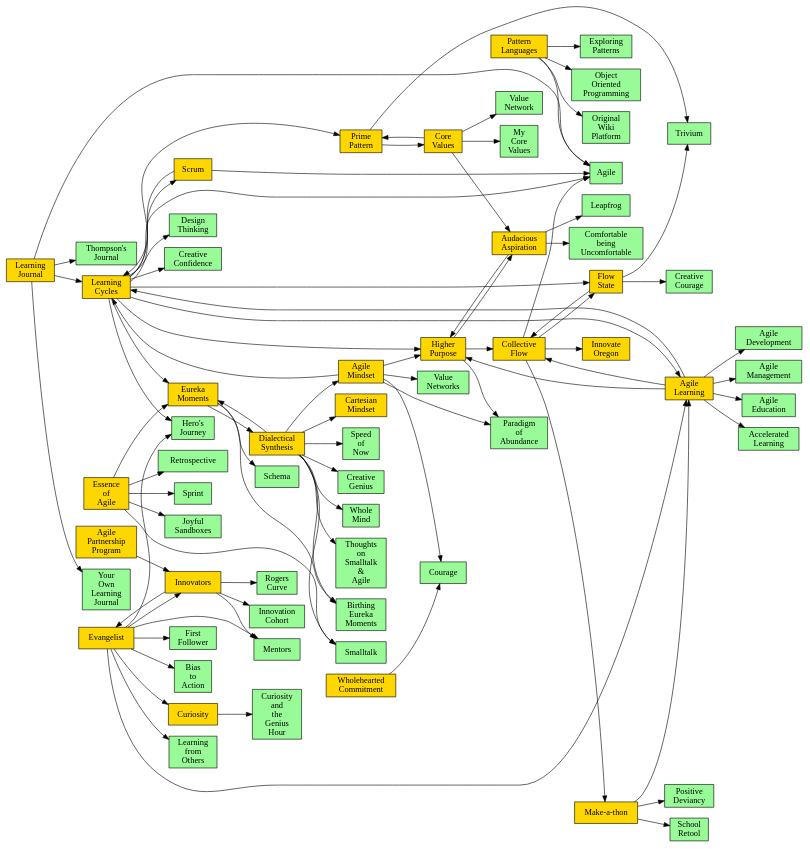
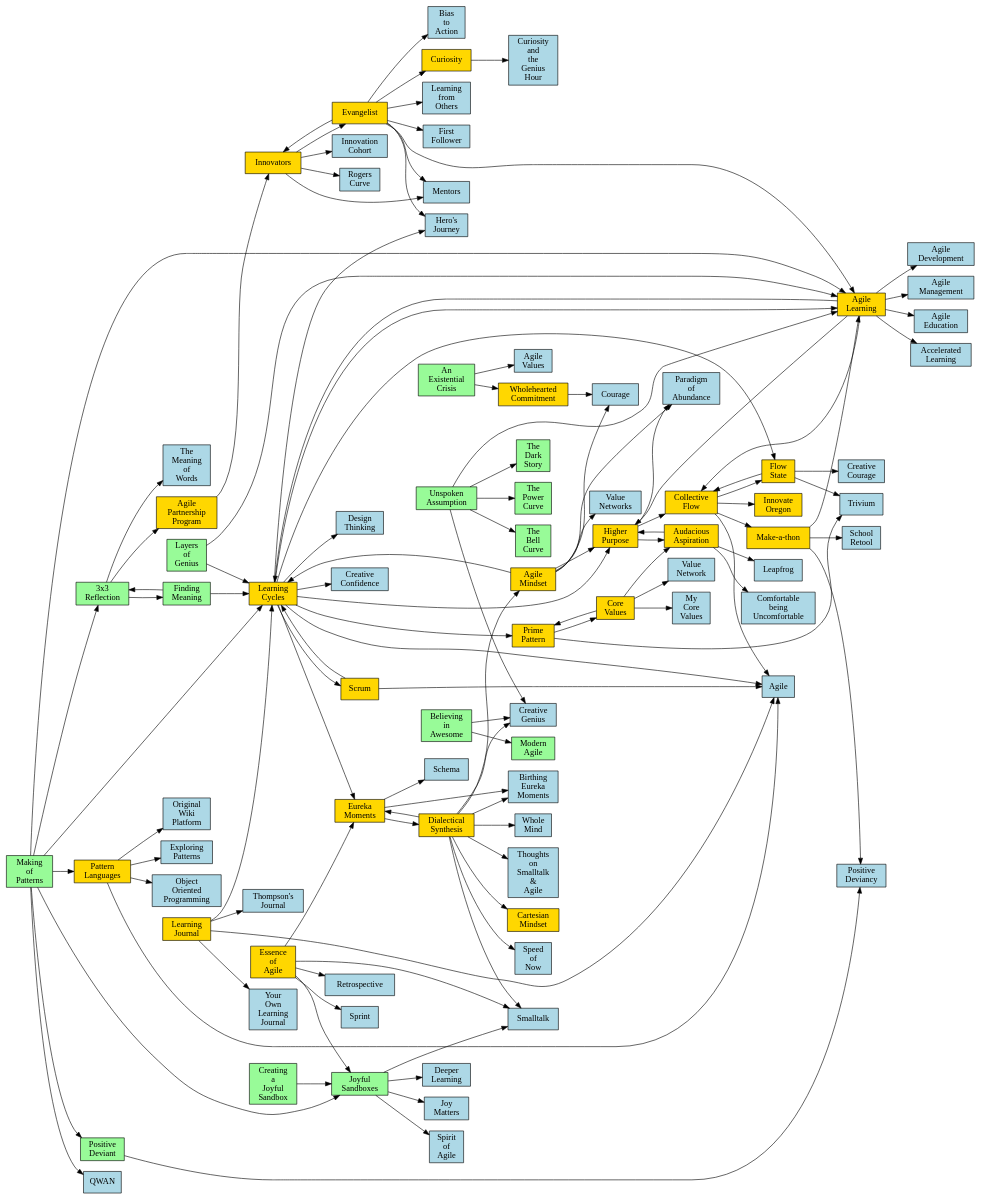
One commit to WardCunningham/thompson-anchors changed the diagram in map.dot. Above: the diagram before and after it, drawn with Graphviz. The commit also changed 2 other files, not shown here.

```diff
--- a/map.dot
+++ b/map.dot
@@ -1,4 +1,4 @@
-digraph { node [shape=box style=filled fillcolor=palegreen] rankdir=LR "Learning\nCycles" [fillcolor=gold URL="https://thompson.wiki.innovateoregon.org/view/learning-cycles"]
+digraph { node [shape=box style=filled fillcolor=lightblue] rankdir=LR "Learning\nCycles" [fillcolor=gold URL="https://thompson.wiki.innovateoregon.org/view/learning-cycles"]
 "Agile" [URL="https://thompson.wiki.innovateoregon.org/view/agile"]
 "Learning\nCycles" -> "Agile"
 "Higher\nPurpose" [URL="https://thompson.wiki.innovateoregon.org/view/higher-purpose"]
@@ -192,4 +192,76 @@
 "Audacious\nAspiration" -> "Leapfrog"
 "Agile\nPartnership\nProgram" [fillcolor=gold URL="https://thompson.wiki.innovateoregon.org/view/agile-partnership-program"]
 "Innovators" [URL="https://thompson.wiki.innovateoregon.org/view/innovators"]
-"Agile\nPartnership\nProgram" -> "Innovators"}
+"Agile\nPartnership\nProgram" -> "Innovators"
+"3x3\nReflection" [fillcolor=palegreen URL="https://thompson.wiki.innovateoregon.org/view/3x3-reflection"]
+"Agile\nPartnership\nProgram" [URL="https://thompson.wiki.innovateoregon.org/view/agile-partnership-program"]
+"3x3\nReflection" -> "Agile\nPartnership\nProgram"
+"The\nMeaning\nof\nWords" [URL="https://thompson.wiki.innovateoregon.org/view/the-meaning-of-words"]
+"3x3\nReflection" -> "The\nMeaning\nof\nWords"
+"Finding\nMeaning" [URL="https://thompson.wiki.innovateoregon.org/view/finding-meaning"]
+"3x3\nReflection" -> "Finding\nMeaning"
+"An\nExistential\nCrisis" [fillcolor=palegreen URL="https://thompson.wiki.innovateoregon.org/view/an-existential-crisis"]
+"Agile\nValues" [URL="https://thompson.wiki.innovateoregon.org/view/agile-values"]
+"An\nExistential\nCrisis" -> "Agile\nValues"
+"Wholehearted\nCommitment" [URL="https://thompson.wiki.innovateoregon.org/view/wholehearted-commitment"]
+"An\nExistential\nCrisis" -> "Wholehearted\nCommitment"
+"Believing\nin\nAwesome" [fillcolor=palegreen URL="https://thompson.wiki.innovateoregon.org/view/believing-in-awesome"]
+"Modern\nAgile" [URL="https://thompson.wiki.innovateoregon.org/view/modern-agile"]
+"Believing\nin\nAwesome" -> "Modern\nAgile"
+"Creative\nGenius" [URL="https://thompson.wiki.innovateoregon.org/view/creative-genius"]
+"Believing\nin\nAwesome" -> "Creative\nGenius"
+"Creating\na\nJoyful\nSandbox" [fillcolor=palegreen URL="https://thompson.wiki.innovateoregon.org/view/creating-a-joyful-sandbox"]
+"Joyful\nSandboxes" [URL="https://thompson.wiki.innovateoregon.org/view/joyful-sandboxes"]
+"Creating\na\nJoyful\nSandbox" -> "Joyful\nSandboxes"
+"Finding\nMeaning" [fillcolor=palegreen URL="https://thompson.wiki.innovateoregon.org/view/finding-meaning"]
+"3x3\nReflection" [URL="https://thompson.wiki.innovateoregon.org/view/3x3-reflection"]
+"Finding\nMeaning" -> "3x3\nReflection"
+"Learning\nCycles" [URL="https://thompson.wiki.innovateoregon.org/view/learning-cycles"]
+"Finding\nMeaning" -> "Learning\nCycles"
+"Joyful\nSandboxes" [fillcolor=palegreen URL="https://thompson.wiki.innovateoregon.org/view/joyful-sandboxes"]
+"Smalltalk" [URL="https://thompson.wiki.innovateoregon.org/view/smalltalk"]
+"Joyful\nSandboxes" -> "Smalltalk"
+"Spirit\nof\nAgile" [URL="https://thompson.wiki.innovateoregon.org/view/spirit-of-agile"]
+"Joyful\nSandboxes" -> "Spirit\nof\nAgile"
+"Deeper\nLearning" [URL="https://thompson.wiki.innovateoregon.org/view/deeper-learning"]
+"Joyful\nSandboxes" -> "Deeper\nLearning"
+"Joy\nMatters" [URL="https://thompson.wiki.innovateoregon.org/view/joy-matters"]
+"Joyful\nSandboxes" -> "Joy\nMatters"
+"Layers\nof\nGenius" [fillcolor=palegreen URL="https://thompson.wiki.innovateoregon.org/view/layers-of-genius"]
+"Learning\nCycles" [URL="https://thompson.wiki.innovateoregon.org/view/learning-cycles"]
+"Layers\nof\nGenius" -> "Learning\nCycles"
+"Agile\nLearning" [URL="https://thompson.wiki.innovateoregon.org/view/agile-learning"]
+"Layers\nof\nGenius" -> "Agile\nLearning"
+"Making\nof\nPatterns" [fillcolor=palegreen URL="https://thompson.wiki.innovateoregon.org/view/making-of-patterns"]
+"Pattern\nLanguages" [URL="https://thompson.wiki.innovateoregon.org/view/pattern-languages"]
+"Making\nof\nPatterns" -> "Pattern\nLanguages"
+"QWAN" [URL="https://thompson.wiki.innovateoregon.org/view/qwan"]
+"Making\nof\nPatterns" -> "QWAN"
+"Agile\nLearning" [URL="https://thompson.wiki.innovateoregon.org/view/agile-learning"]
+"Making\nof\nPatterns" -> "Agile\nLearning"
+"Joyful\nSandboxes" [URL="https://thompson.wiki.innovateoregon.org/view/joyful-sandboxes"]
+"Making\nof\nPatterns" -> "Joyful\nSandboxes"
+"Learning\nCycles" [URL="https://thompson.wiki.innovateoregon.org/view/learning-cycles"]
+"Making\nof\nPatterns" -> "Learning\nCycles"
+"Positive\nDeviant" [URL="https://thompson.wiki.innovateoregon.org/view/positive-deviant"]
+"Making\nof\nPatterns" -> "Positive\nDeviant"
+"3x3\nReflection" [URL="https://thompson.wiki.innovateoregon.org/view/3x3-reflection"]
+"Making\nof\nPatterns" -> "3x3\nReflection"
+"Modern\nAgile" [fillcolor=palegreen URL="https://thompson.wiki.innovateoregon.org/view/modern-agile"]
+"Positive\nDeviant" [fillcolor=palegreen URL="https://thompson.wiki.innovateoregon.org/view/positive-deviant"]
+"Positive\nDeviancy" [URL="https://thompson.wiki.innovateoregon.org/view/positive-deviancy"]
+"Positive\nDeviant" -> "Positive\nDeviancy"
+"The\nBell\nCurve" [fillcolor=palegreen URL="https://thompson.wiki.innovateoregon.org/view/the-bell-curve"]
+"The\nDark\nStory" [fillcolor=palegreen URL="https://thompson.wiki.innovateoregon.org/view/the-dark-story"]
+"The\nPower\nCurve" [fillcolor=palegreen URL="https://thompson.wiki.innovateoregon.org/view/the-power-curve"]
+"Unspoken\nAssumption" [fillcolor=palegreen URL="https://thompson.wiki.innovateoregon.org/view/unspoken-assumption"]
+"Agile\nLearning" [URL="https://thompson.wiki.innovateoregon.org/view/agile-learning"]
+"Unspoken\nAssumption" -> "Agile\nLearning"
+"The\nBell\nCurve" [URL="https://thompson.wiki.innovateoregon.org/view/the-bell-curve"]
+"Unspoken\nAssumption" -> "The\nBell\nCurve"
+"The\nPower\nCurve" [URL="https://thompson.wiki.innovateoregon.org/view/the-power-curve"]
+"Unspoken\nAssumption" -> "The\nPower\nCurve"
+"Creative\nGenius" [URL="https://thompson.wiki.innovateoregon.org/view/creative-genius"]
+"Unspoken\nAssumption" -> "Creative\nGenius"
+"The\nDark\nStory" [URL="https://thompson.wiki.innovateoregon.org/view/the-dark-story"]
+"Unspoken\nAssumption" -> "The\nDark\nStory"}
```
